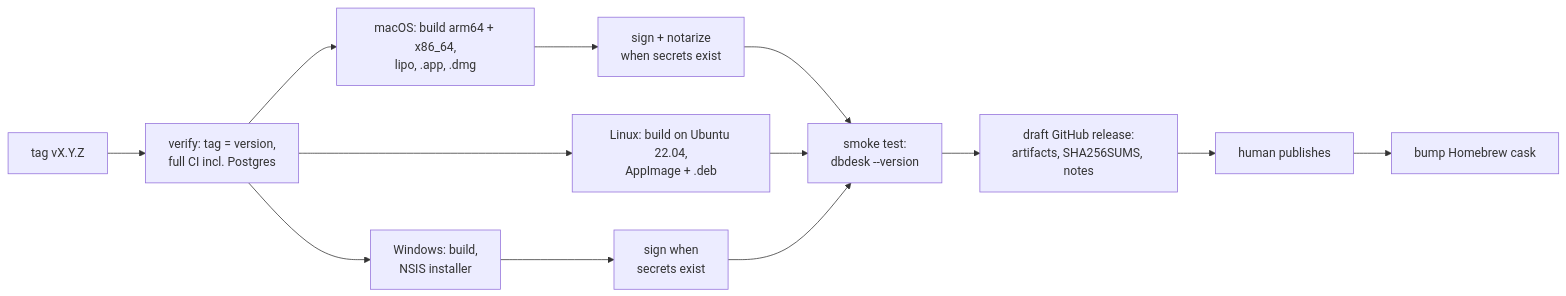
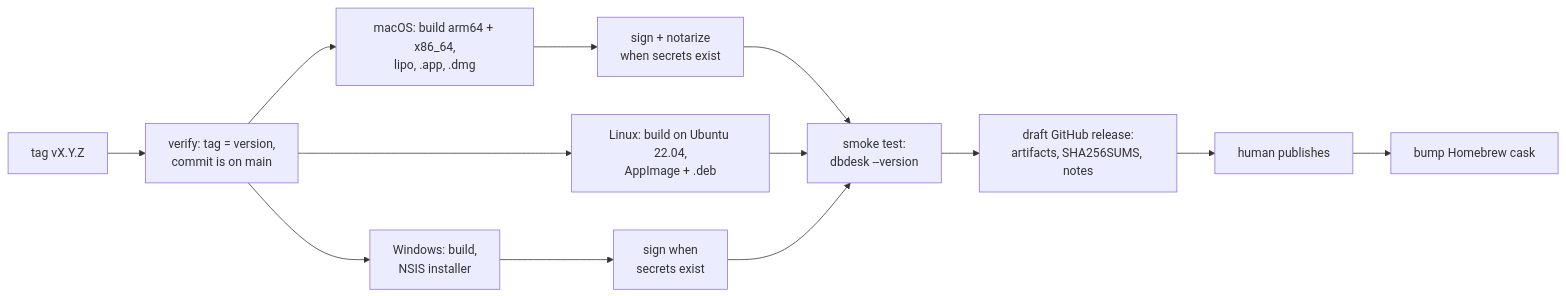
The diagram in docs/releasing.md (navasvarela/dbdesk), drawn with Mermaid before and after one commit. The commit also changed other lines of this file and 2 other files, not shown here.

````diff
--- a/docs/releasing.md
+++ b/docs/releasing.md
@@ -29,15 +29,15 @@
 ```mermaid
 flowchart LR
-    T[tag vX.Y.Z] --> V[verify: tag = version,<br/>full CI incl. Postgres]
+    T[tag vX.Y.Z] --> V[verify: tag = version,<br/>commit is on main]
     V --> M[macOS: build arm64 + x86_64,<br/>lipo, .app, .dmg]
     V --> L[Linux: build on Ubuntu 22.04,<br/>AppImage + .deb]
     V --> W[Windows: build,<br/>NSIS installer]
     M --> S[sign + notarize<br/>when secrets exist]
     W --> S2[sign when<br/>secrets exist]
     S --> K[smoke test:<br/>dbdesk --version]
     L --> K
     S2 --> K
     K --> R[draft GitHub release:<br/>artifacts, SHA256SUMS, notes]
     R --> P[human publishes]
     P --> H[bump Homebrew cask]
 ```
````
